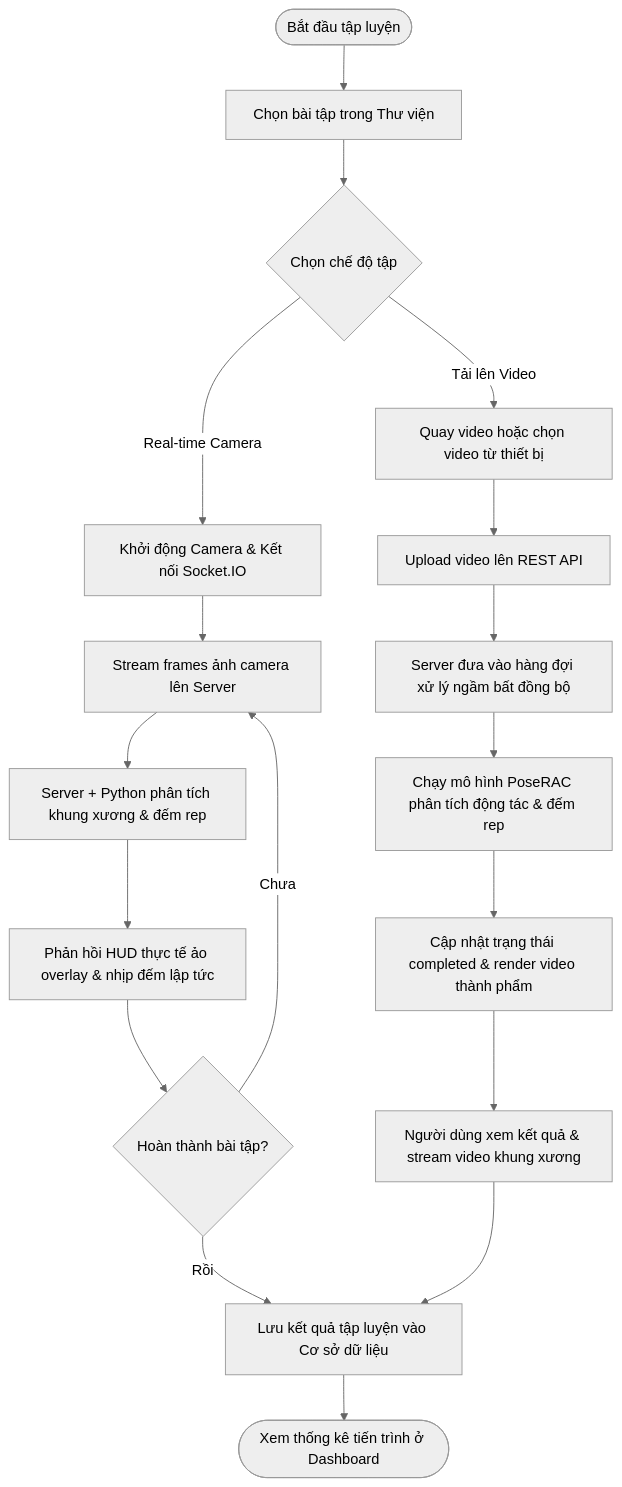
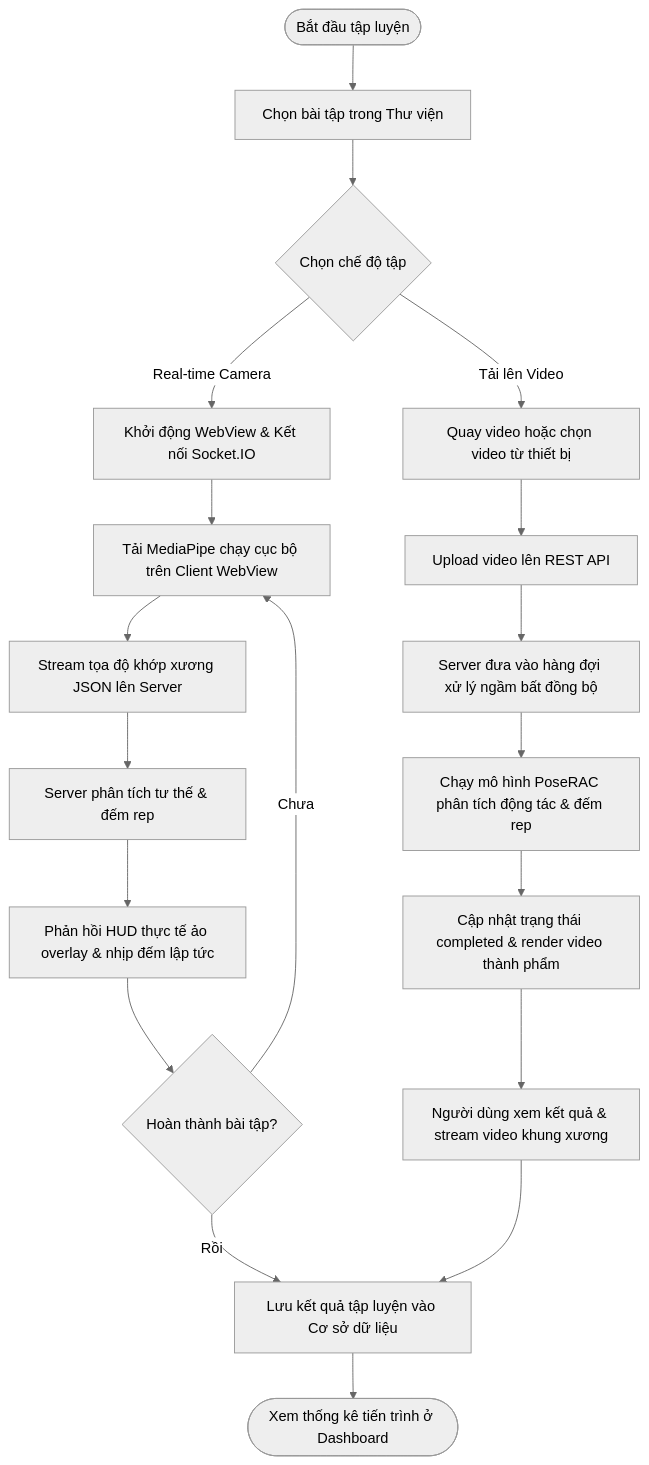
Before and after one commit to TranXuanDuc28/DoAnChuyenNganh2: the second of 2 diagrams in README.md, drawn with Mermaid (neutral theme). The commit also changed 13 other files, not shown here.

Commit message:
feat: migrate real-time pose detection to client-side MediaPipe WebView and optimize rep counter

````diff
--- a/README.md
+++ b/README.md
@@ -79,25 +79,25 @@
 ```mermaid
 graph TD
     Start([Bắt đầu tập luyện]) --> ChooseEx[Chọn bài tập trong Thư viện]
     ChooseEx --> ChooseMode{Chọn chế độ tập}
     
-    %% Real-time Mode Branch
-    ChooseMode -->|Real-time Camera| RT_Start[Khởi động Camera & Kết nối Socket.IO]
-    RT_Start --> RT_Stream[Stream frames ảnh camera lên Server]
-    RT_Stream --> RT_Process[Server + Python phân tích khung xương & đếm rep]
+    ChooseMode -->|Real-time Camera| RT_Start[Khởi động WebView & Kết nối Socket.IO]
+    RT_Start --> RT_Local[Tải MediaPipe chạy cục bộ trên Client WebView]
+    RT_Local --> RT_Stream[Stream tọa độ khớp xương JSON lên Server]
+    RT_Stream --> RT_Process[Server phân tích tư thế & đếm rep]
     RT_Process --> RT_HUD[Phản hồi HUD thực tế ảo overlay & nhịp đếm lập tức]
     RT_HUD --> RT_Check{Hoàn thành bài tập?}
-    RT_Check -->|Chưa| RT_Stream
+    RT_Check -->|Chưa| RT_Local
     RT_Check -->|Rồi| SaveDB[Lưu kết quả tập luyện vào Cơ sở dữ liệu]
     
     %% Upload Video Mode Branch
     ChooseMode -->|Tải lên Video| Vid_Select[Quay video hoặc chọn video từ thiết bị]
     Vid_Select --> Vid_Upload[Upload video lên REST API]
     Vid_Upload --> Vid_Queue[Server đưa vào hàng đợi xử lý ngầm bất đồng bộ]
     Vid_Queue --> Vid_PoseRAC[Chạy mô hình PoseRAC phân tích động tác & đếm rep]
     Vid_PoseRAC --> Vid_Done[Cập nhật trạng thái completed & render video thành phẩm]
     Vid_Done --> Vid_Result[Người dùng xem kết quả & stream video khung xương]
     Vid_Result --> SaveDB
     
     SaveDB --> End([Xem thống kê tiến trình ở Dashboard])
 ```
````
